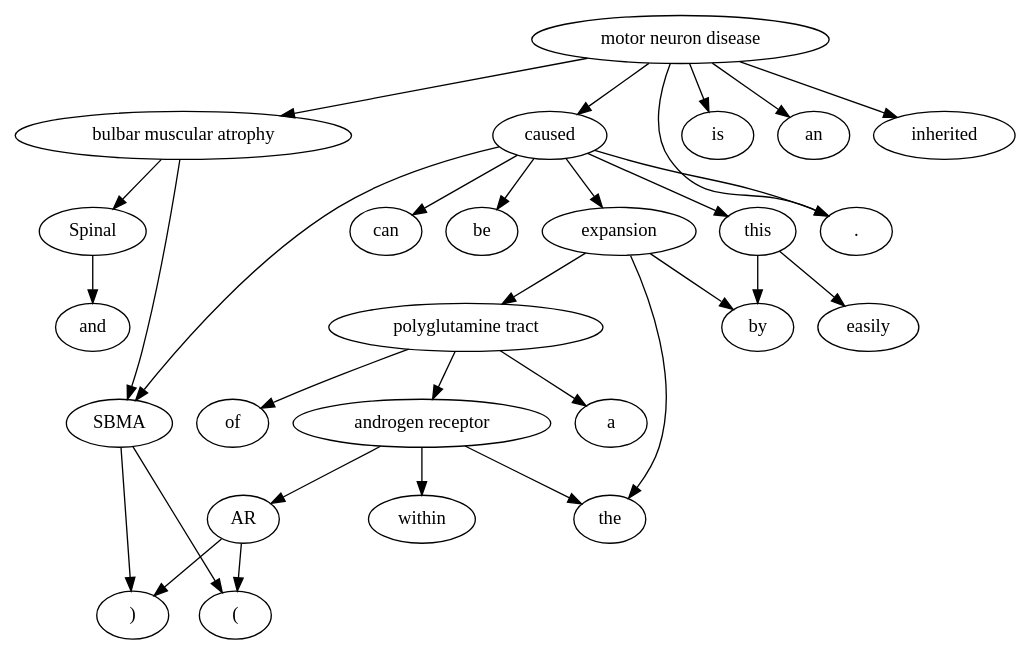
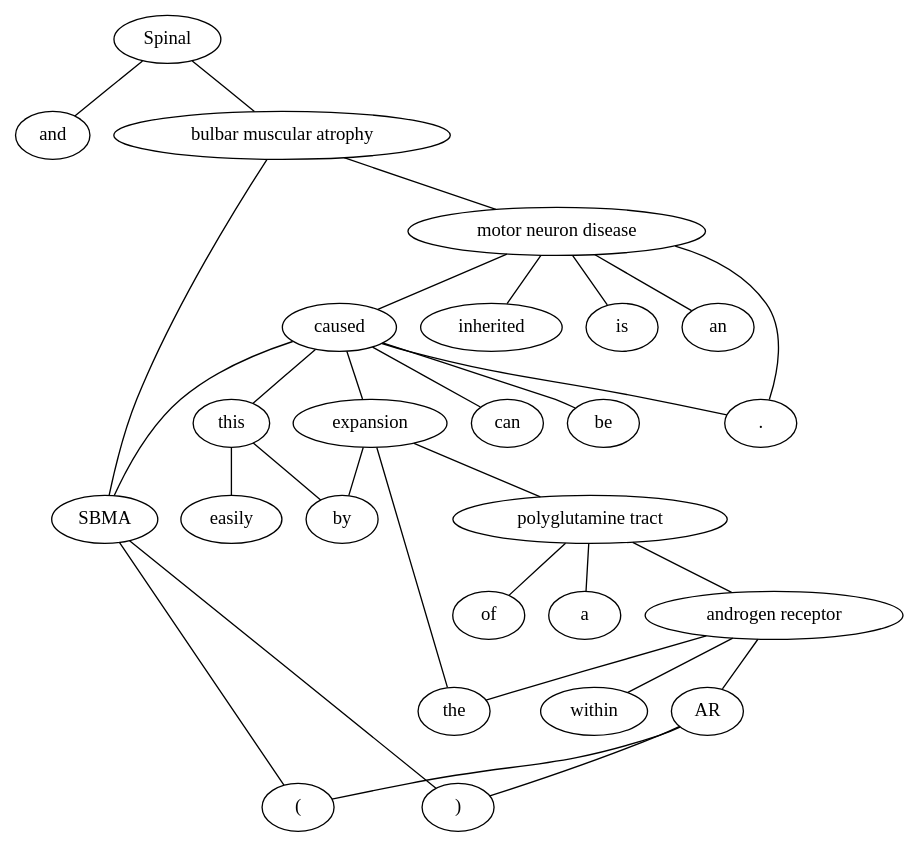
One commit to raxosiris/scify changed the diagram in nbs/test.dot. Above: the diagram before and after it, drawn with Graphviz. The commit also changed 2 other files, not shown here.

```diff
--- a/nbs/test.dot
+++ b/nbs/test.dot
@@ -1,32 +1,32 @@
-strict digraph "" {
-	Spinal -> and;
-	"bulbar muscular atrophy" -> Spinal;
-	"bulbar muscular atrophy" -> SBMA;
-	SBMA -> "(";
-	SBMA -> ")";
-	"motor neuron disease" -> "bulbar muscular atrophy";
-	"motor neuron disease" -> is;
-	"motor neuron disease" -> an;
-	"motor neuron disease" -> inherited;
-	"motor neuron disease" -> caused;
-	"motor neuron disease" -> ".";
-	caused -> SBMA;
-	caused -> ".";
-	caused -> expansion;
-	caused -> can;
-	caused -> be;
-	caused -> this;
-	expansion -> by;
-	expansion -> the;
-	expansion -> "polyglutamine tract";
-	"polyglutamine tract" -> of;
-	"polyglutamine tract" -> a;
-	"polyglutamine tract" -> "androgen receptor";
-	"androgen receptor" -> the;
-	"androgen receptor" -> within;
-	"androgen receptor" -> AR;
-	AR -> "(";
-	AR -> ")";
-	this -> by;
-	this -> easily;
+strict graph "" {
+	Spinal -- and;
+	Spinal -- "bulbar muscular atrophy";
+	"bulbar muscular atrophy" -- SBMA;
+	"bulbar muscular atrophy" -- "motor neuron disease";
+	SBMA -- "(";
+	SBMA -- ")";
+	"motor neuron disease" -- is;
+	"motor neuron disease" -- an;
+	"motor neuron disease" -- inherited;
+	"motor neuron disease" -- caused;
+	"motor neuron disease" -- ".";
+	caused -- SBMA;
+	caused -- ".";
+	caused -- expansion;
+	caused -- can;
+	caused -- be;
+	caused -- this;
+	expansion -- by;
+	expansion -- the;
+	expansion -- "polyglutamine tract";
+	"polyglutamine tract" -- of;
+	"polyglutamine tract" -- a;
+	"polyglutamine tract" -- "androgen receptor";
+	"androgen receptor" -- the;
+	"androgen receptor" -- within;
+	"androgen receptor" -- AR;
+	AR -- "(";
+	AR -- ")";
+	this -- by;
+	this -- easily;
 }
```
